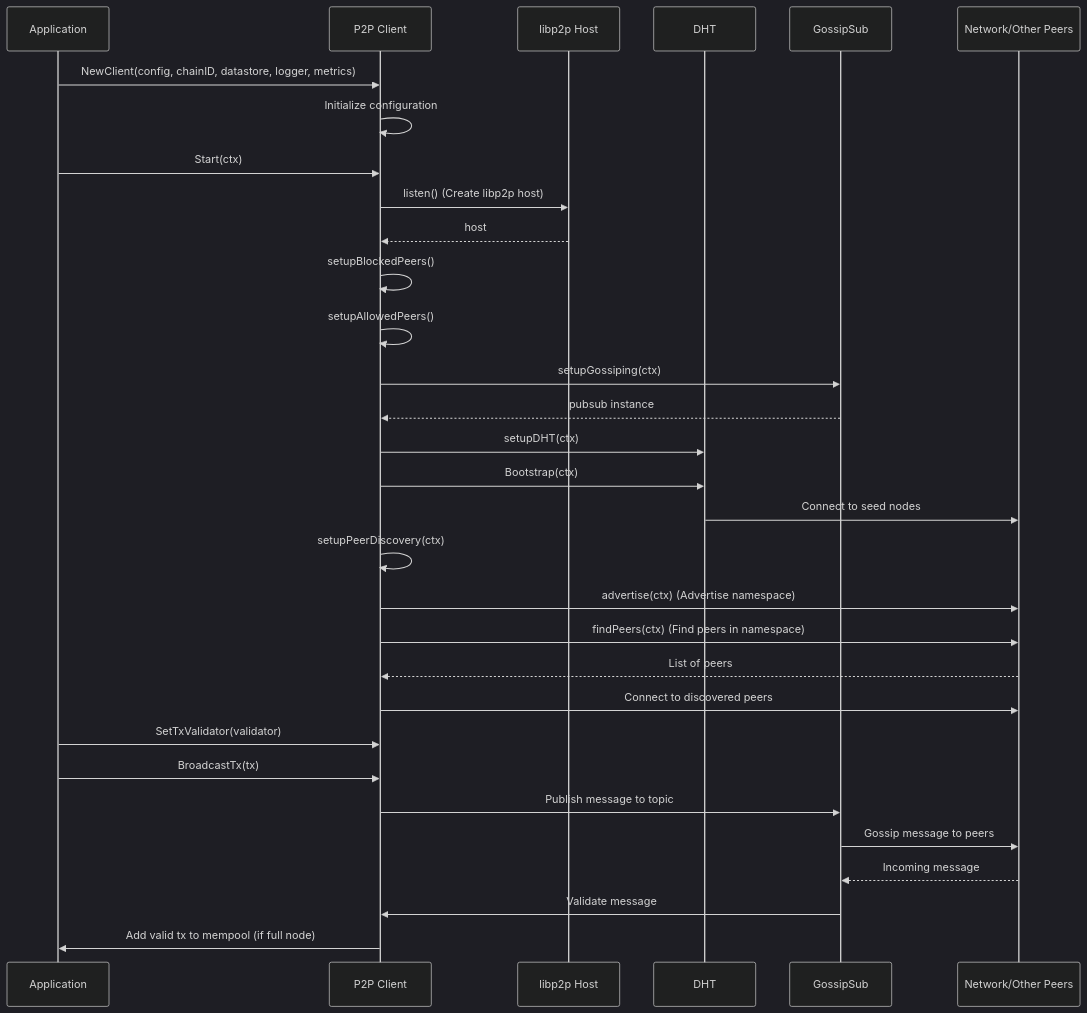
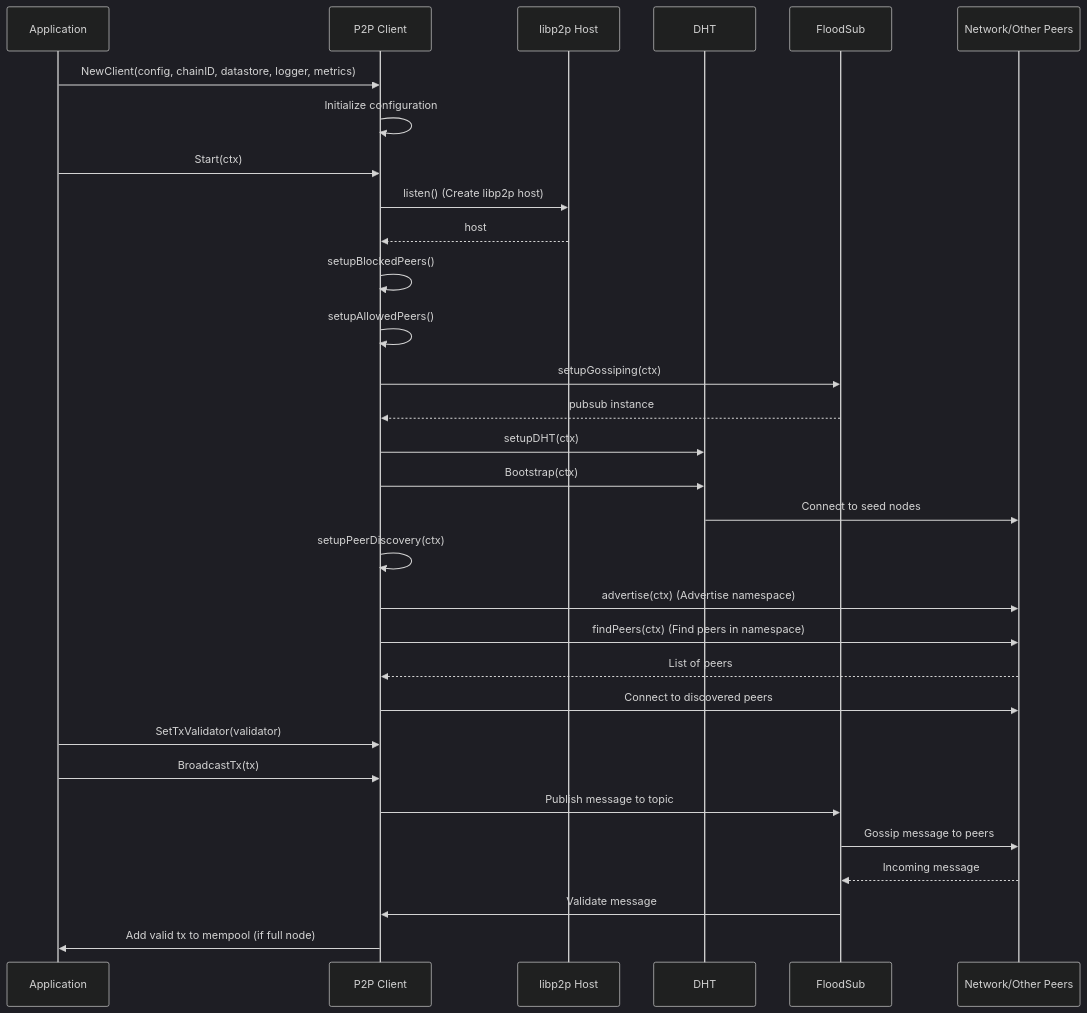
The third of 3 diagrams in pkg/p2p/README.md (evstack/ev-node), drawn with Mermaid (dark theme) before and after one commit. The commit also changed other lines of this file and 5 other files, not shown here.

First line of the commit message:
refactor(pkg/p2p): swap GossipSub by FloodSub (#3263)

````diff
--- a/pkg/p2p/README.md
+++ b/pkg/p2p/README.md
@@ -115,34 +115,34 @@
 ```mermaid
 sequenceDiagram
     participant A as Application
     participant P as P2P Client
     participant H as libp2p Host
     participant D as DHT
-    participant G as GossipSub
+    participant G as FloodSub
     participant N as Network/Other Peers
 
     A->>P: NewClient(config, chainID, datastore, logger, metrics)
     P->>P: Initialize configuration
     A->>P: Start(ctx)
     P->>H: listen() (Create libp2p host)
     H-->>P: host
     P->>P: setupBlockedPeers()
     P->>P: setupAllowedPeers()
     P->>G: setupGossiping(ctx)
     G-->>P: pubsub instance
     P->>D: setupDHT(ctx)
     P->>D: Bootstrap(ctx)
     D->>N: Connect to seed nodes
     P->>P: setupPeerDiscovery(ctx)
     P->>N: advertise(ctx) (Advertise namespace)
     P->>N: findPeers(ctx) (Find peers in namespace)
     N-->>P: List of peers
     P->>N: Connect to discovered peers
     A->>P: SetTxValidator(validator)
     A->>P: BroadcastTx(tx)
     P->>G: Publish message to topic
     G->>N: Gossip message to peers
     N-->>G: Incoming message
     G->>P: Validate message
     P->>A: Add valid tx to mempool (if full node)
 ```
````
